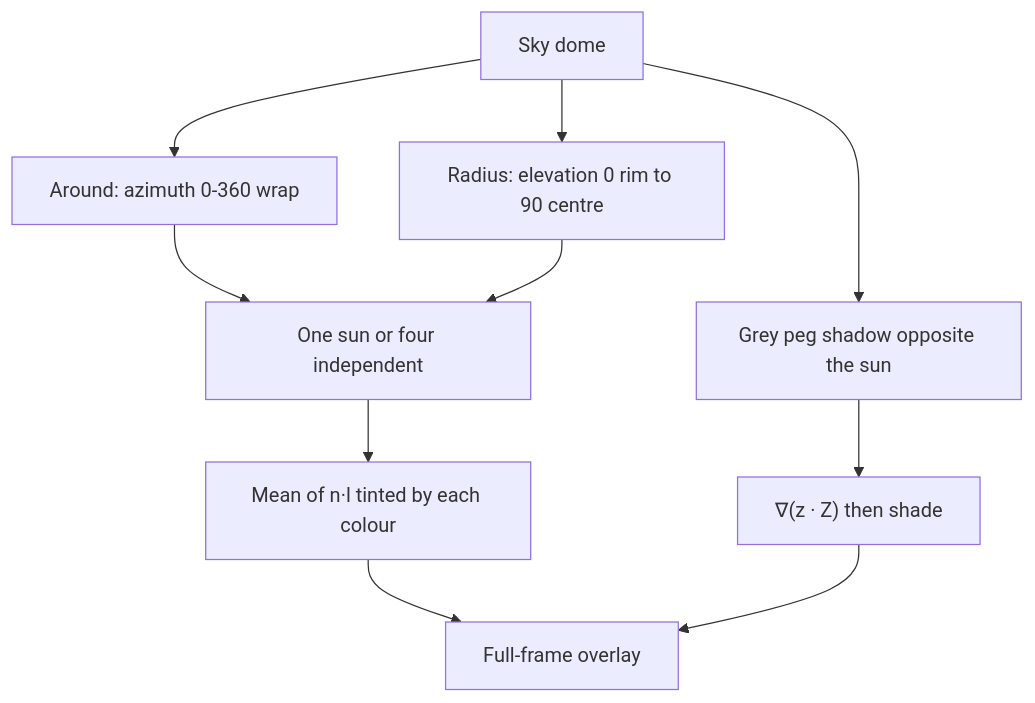
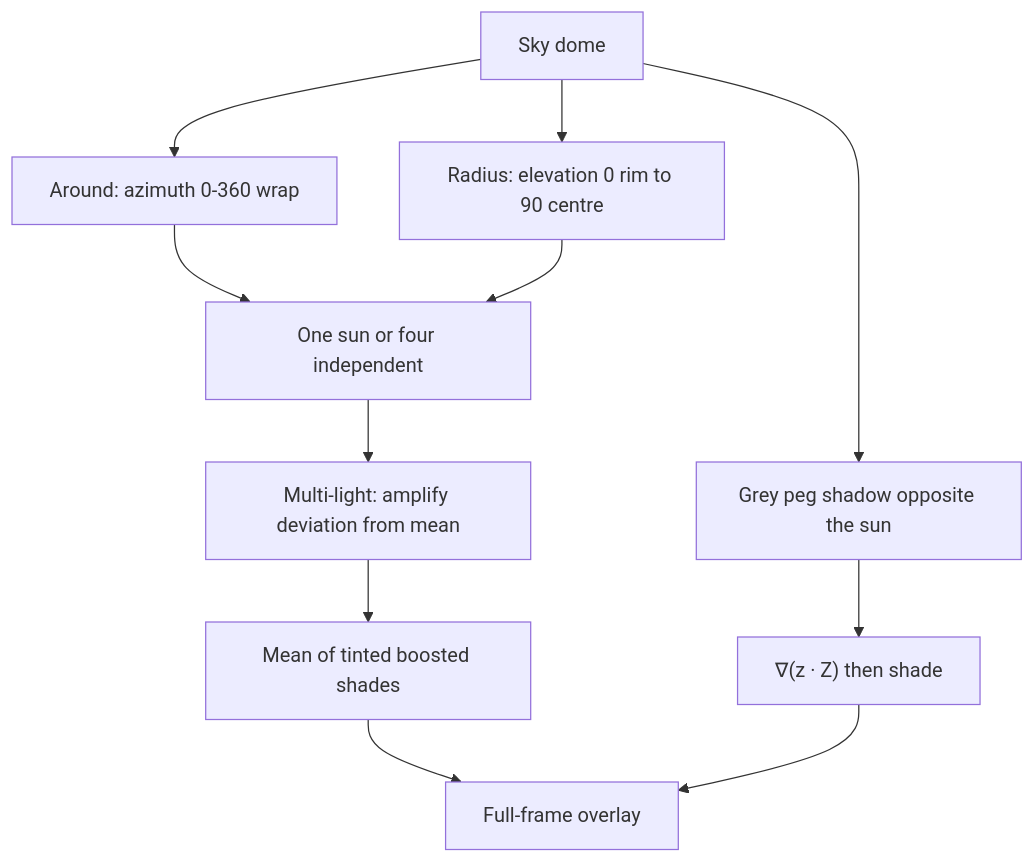
The first of 5 diagrams in docs/tabs_explained.md (PiMaV/BLITZ), drawn with Mermaid before and after one commit. The commit also changed other lines of this file and 10 other files, not shown here.

````diff
--- a/docs/tabs_explained.md
+++ b/docs/tabs_explained.md
@@ -182,12 +183,13 @@
 ```mermaid
 flowchart TD
   dome["Sky dome"] --> az["Around: azimuth 0-360 wrap"]
   dome --> el["Radius: elevation 0 rim to 90 centre"]
   dome --> zf["Grey peg shadow opposite the sun"]
   az --> lights["One sun or four independent"]
   el --> lights
-  lights --> rgb["Mean of n·l tinted by each colour"]
+  lights --> gain["Multi-light: amplify deviation from mean"]
+  gain --> rgb["Mean of tinted boosted shades"]
   zf --> grad["∇(z · Z) then shade"]
   rgb --> overlay["Full-frame overlay"]
   grad --> overlay
 ```
````
